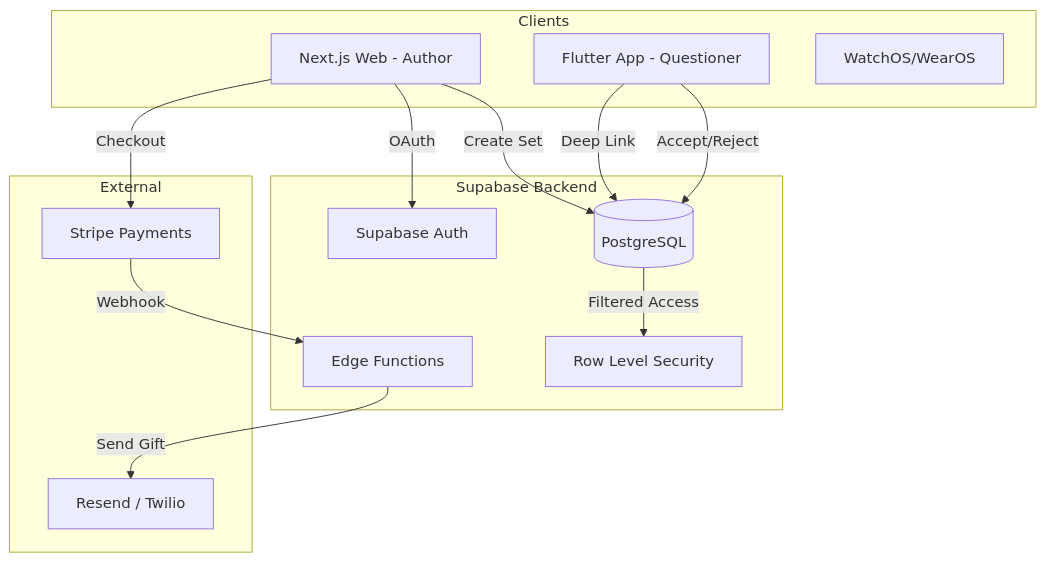
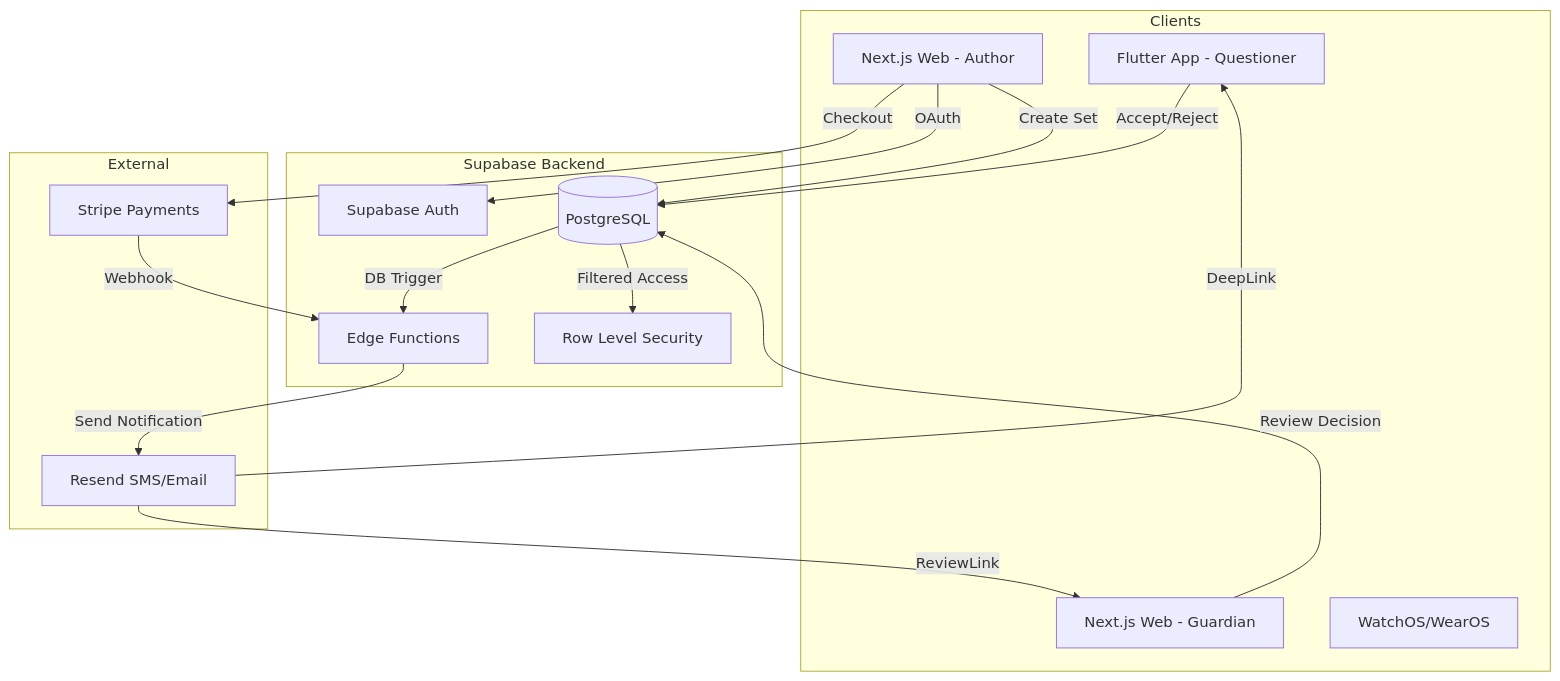
One commit to wstidolph/M8 changed the diagram in Architecture.md. Above: the diagram before and after it, drawn with Mermaid. The commit also changed other lines of this file and 10 other files, not shown here.

Commit message:
docs: Update Architecture & PRD for Guardian Flow (012)

````diff
--- a/Architecture.md
+++ b/Architecture.md
@@ -37,29 +37,33 @@
 ```mermaid
 graph TD
     subgraph "Clients"
         F[Flutter App - Questioner]
         N[Next.js Web - Author]
+        G[Next.js Web - Guardian]
         D[WatchOS/WearOS]
     end
 
     subgraph "Supabase Backend"
         Auth[Supabase Auth]
         DB[(PostgreSQL)]
         Edge[Edge Functions]
         RLS[Row Level Security]
     end
 
     subgraph "External"
         S[Stripe Payments]
-        M[Resend / Twilio]
+        M[Resend SMS/Email]
     end
 
     N -- OAuth --> Auth
     N -- Create Set --> DB
     N -- Checkout --> S
     S -- Webhook --> Edge
-    Edge -- Send Gift --> M
-    F -- Deep Link --> DB
+    DB -- DB Trigger --> Edge
+    Edge -- Send Notification --> M
+    M -- DeepLink --> F
+    M -- ReviewLink --> G
+    G -- Review Decision --> DB
     F -- Accept/Reject --> DB
     DB -- Filtered Access --> RLS
 ```
````
